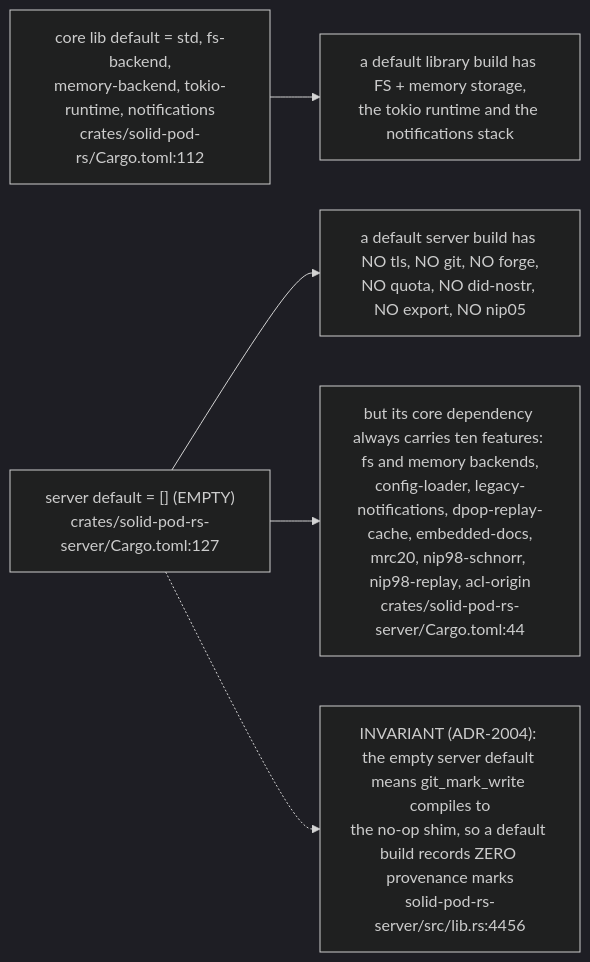
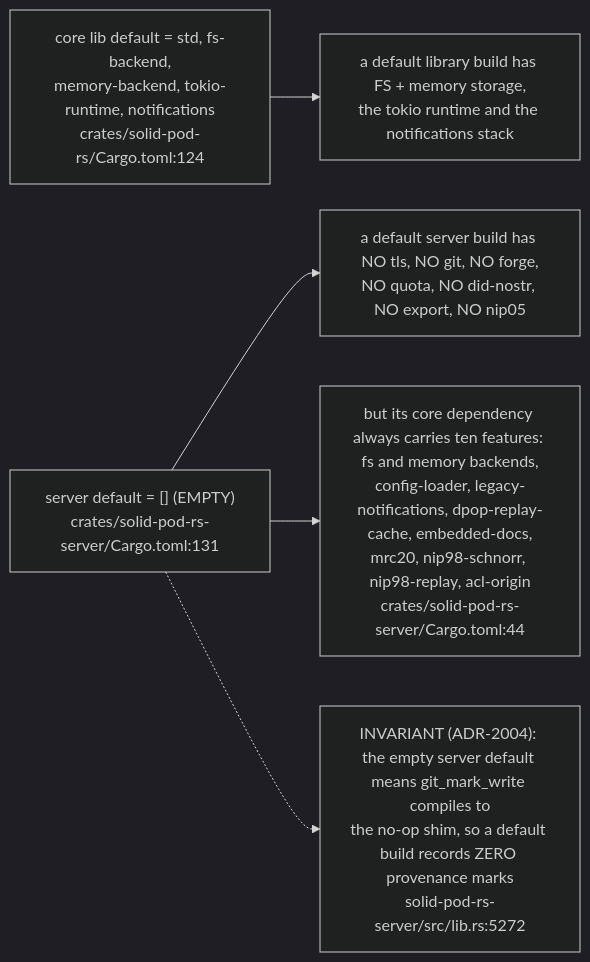
The sixth of 12 diagrams in docs/diagrams/solid-pod-rs/01-workspace-composition.md (DreamLab-AI/VisionFlow), drawn with Mermaid (dark theme) before and after one commit. The commit also changed other lines of this file, not shown here.

First line of the commit message:
docs(diagrams): SP-01 re-verified at solid-pod-rs a28a748

````diff
--- a/docs/diagrams/solid-pod-rs/01-workspace-composition.md
+++ b/docs/diagrams/solid-pod-rs/01-workspace-composition.md
@@ -203,12 +207,12 @@
 ```mermaid
 flowchart LR
-    LIBD["core lib default = std, fs-backend,<br/>memory-backend, tokio-runtime, notifications<br/>crates/solid-pod-rs/Cargo.toml:112"]
-    SRVD["server default = [] (EMPTY)<br/>crates/solid-pod-rs-server/Cargo.toml:127"]
+    LIBD["core lib default = std, fs-backend,<br/>memory-backend, tokio-runtime, notifications<br/>crates/solid-pod-rs/Cargo.toml:124"]
+    SRVD["server default = [] (EMPTY)<br/>crates/solid-pod-rs-server/Cargo.toml:131"]
 
     LIBD --> R1["a default library build has FS + memory storage,<br/>the tokio runtime and the notifications stack"]
     SRVD --> R2["a default server build has NO tls, NO git, NO forge,<br/>NO quota, NO did-nostr, NO export, NO nip05"]
     SRVD --> R3["but its core dependency always carries ten features: fs and memory backends,<br/>config-loader, legacy-notifications, dpop-replay-cache, embedded-docs,<br/>mrc20, nip98-schnorr, nip98-replay, acl-origin<br/>crates/solid-pod-rs-server/Cargo.toml:44"]
 
-    D1["INVARIANT (ADR-2004): the empty server default means git_mark_write compiles to<br/>the no-op shim, so a default build records ZERO provenance marks<br/>solid-pod-rs-server/src/lib.rs:4456"]
+    D1["INVARIANT (ADR-2004): the empty server default means git_mark_write compiles to<br/>the no-op shim, so a default build records ZERO provenance marks<br/>solid-pod-rs-server/src/lib.rs:5272"]
     SRVD -.-> D1
 ```
````
